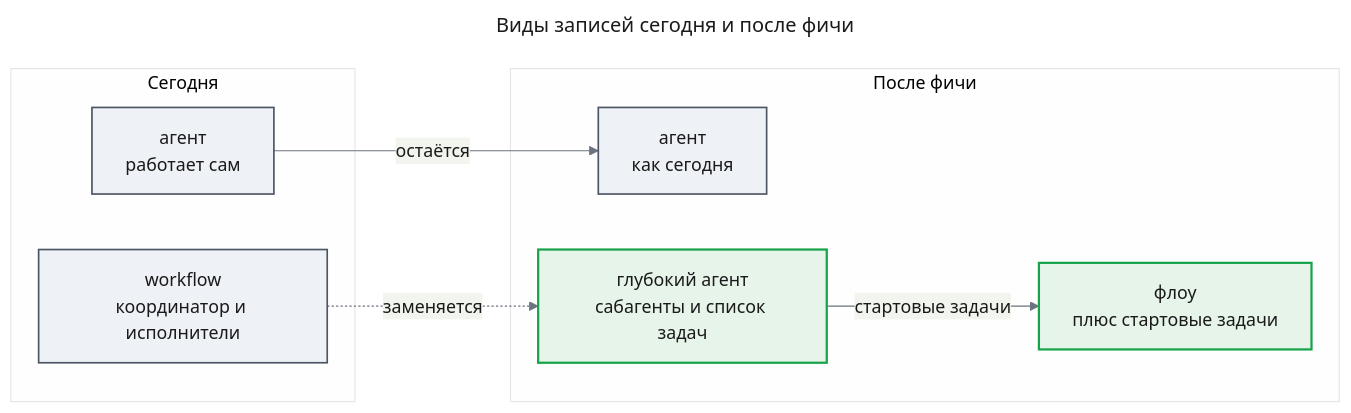
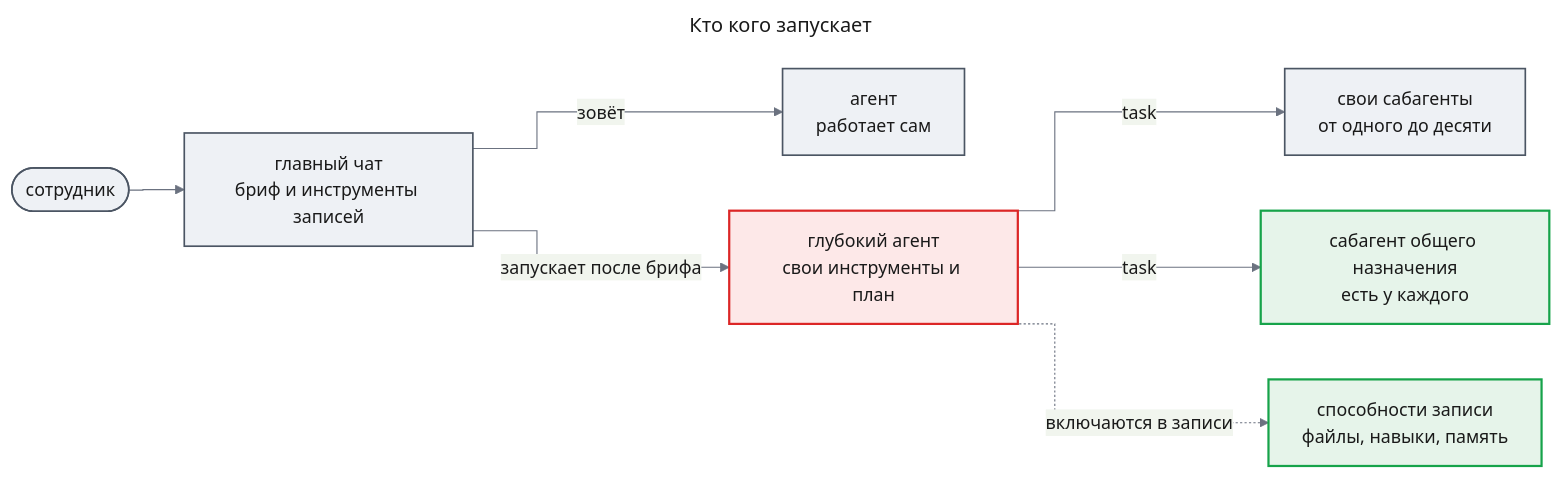
Before and after one commit to tundraray/agent-os: the first of 3 diagrams in docs/features/deep-agents/prd.md, drawn with Mermaid. The commit also changed other lines of this file, not shown here.

Commit message:
docs(deep-agents): re-scope the PRD to parity with Deep Agents

````diff
--- a/docs/features/deep-agents/prd.md
+++ b/docs/features/deep-agents/prd.md
@@ -50,33 +48,35 @@
 ```mermaid
 ---
-title: "Виды записей сегодня и после фичи"
+title: "Кто кого запускает"
 config:
   theme: base
   look: classic
   themeVariables:
     primaryColor: "#eef1f5"
     primaryBorderColor: "#4b5563"
     primaryTextColor: "#1a1a1a"
     lineColor: "#6b7280"
   flowchart:
     curve: step
 ---
 flowchart LR
-    subgraph today["Сегодня"]
-        agentNow["агент<br/>работает сам"]
-        wfNow["workflow<br/>координатор и исполнители"]
-    end
-    subgraph after["После фичи"]
-        agentAfter["агент<br/>как сегодня"]
-        deepAfter["глубокий агент<br/>сабагенты и список задач"]
-        flowAfter["флоу<br/>плюс стартовые задачи"]
-    end
-    agentNow -->|"остаётся"| agentAfter
-    wfNow -.->|"заменяется"| deepAfter
-    deepAfter -->|"стартовые задачи"| flowAfter
+    user(["сотрудник"])
+    chat["главный чат<br/>бриф и инструменты записей"]
+    agent["агент<br/>работает сам"]
+    deep["глубокий агент<br/>свои инструменты и план"]
+    own["свои сабагенты<br/>от одного до десяти"]
+    gp["сабагент общего назначения<br/>есть у каждого"]
+    caps["способности записи<br/>файлы, навыки, память"]
+    user --> chat
+    chat -->|"зовёт"| agent
+    chat -->|"запускает после брифа"| deep
+    deep -->|"task"| own
+    deep -->|"task"| gp
+    deep -.->|"включаются в записи"| caps
     classDef changed fill:#fde8e8,stroke:#dc2626,stroke-width:2px,color:#1a1a1a
     classDef new fill:#e6f4ea,stroke:#16a34a,stroke-width:2px,color:#1a1a1a
     classDef unchanged fill:#eef1f5,stroke:#4b5563,stroke-width:1.5px,color:#1a1a1a
-    class agentNow,wfNow,agentAfter unchanged
-    class deepAfter,flowAfter new
+    class user,chat,agent,own unchanged
+    class deep changed
+    class gp,caps new
 ```
````
